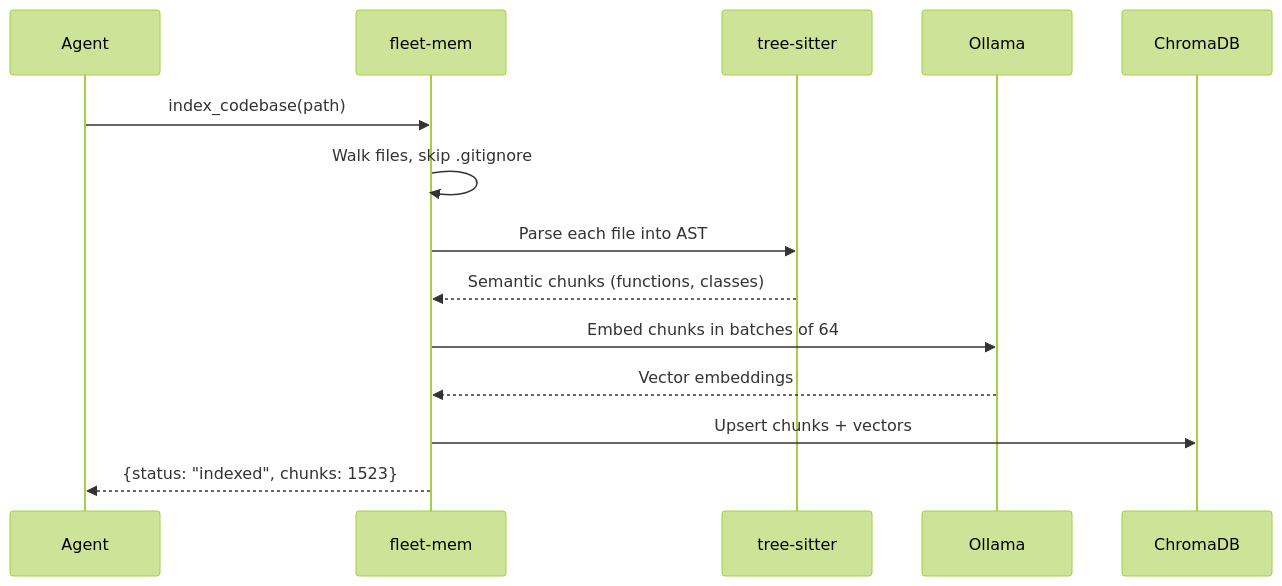
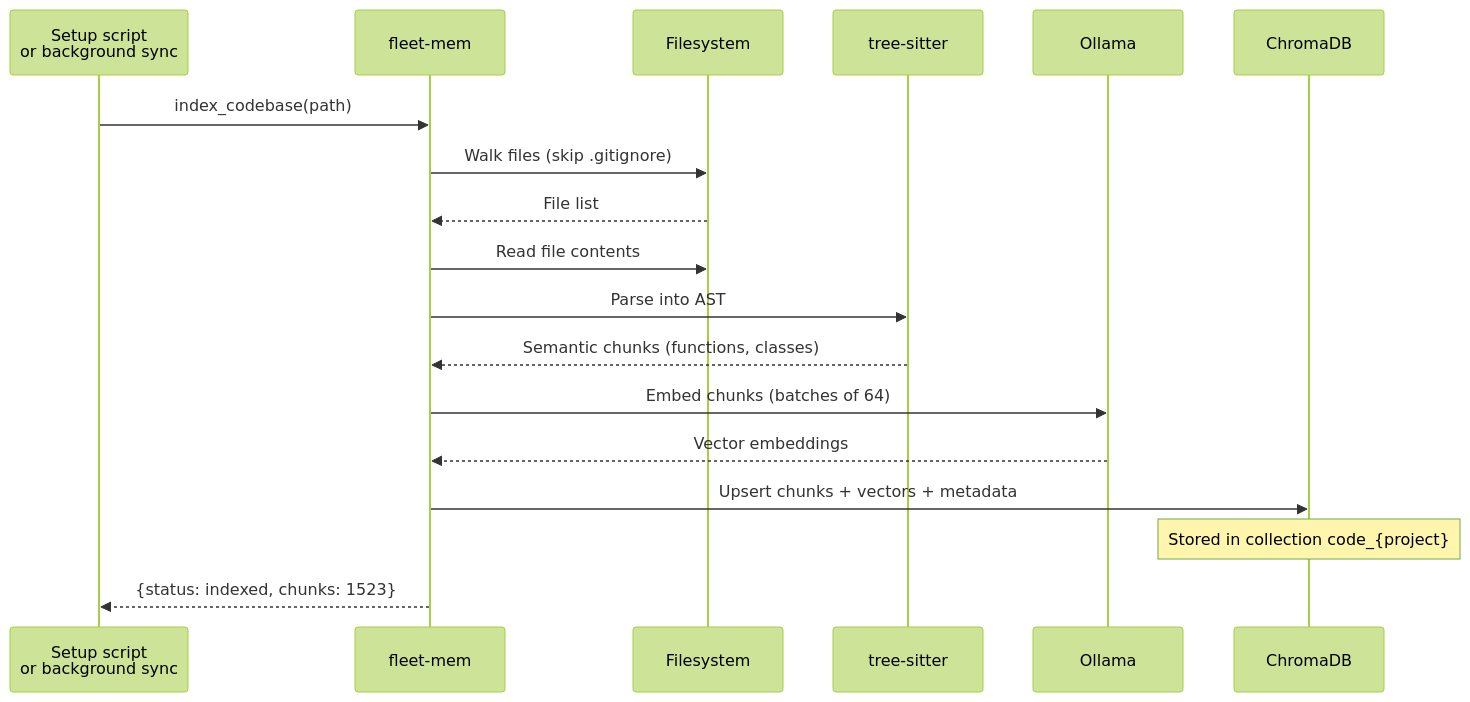
Before and after one commit to sam-ent/fleet-mem: the second of 6 diagrams in README.md, drawn with Mermaid (forest theme). The commit also changed other lines of this file, not shown here.

First line of the commit message:
docs: accurate process flow diagrams with all storage layers

````diff
--- a/README.md
+++ b/README.md
@@ -119,17 +122,21 @@
 ```mermaid
 sequenceDiagram
-    participant A as Agent
+    participant S as Setup script<br/>or background sync
     participant FM as fleet-mem
+    participant FS as Filesystem
     participant TS as tree-sitter
     participant OL as Ollama
-    participant DB as ChromaDB
+    participant C as ChromaDB
 
-    A->>FM: index_codebase(path)
-    FM->>FM: Walk files, skip .gitignore
-    FM->>TS: Parse each file into AST
+    S->>FM: index_codebase(path)
+    FM->>FS: Walk files (skip .gitignore)
+    FS-->>FM: File list
+    FM->>FS: Read file contents
+    FM->>TS: Parse into AST
     TS-->>FM: Semantic chunks (functions, classes)
-    FM->>OL: Embed chunks in batches of 64
+    FM->>OL: Embed chunks (batches of 64)
     OL-->>FM: Vector embeddings
-    FM->>DB: Upsert chunks + vectors
-    FM-->>A: {status: "indexed", chunks: 1523}
+    FM->>C: Upsert chunks + vectors + metadata
+    Note over C: Stored in collection code_{project}
+    FM-->>S: {status: indexed, chunks: 1523}
 ```
````
